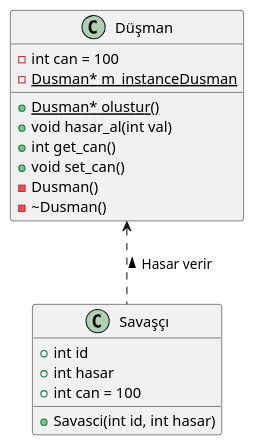
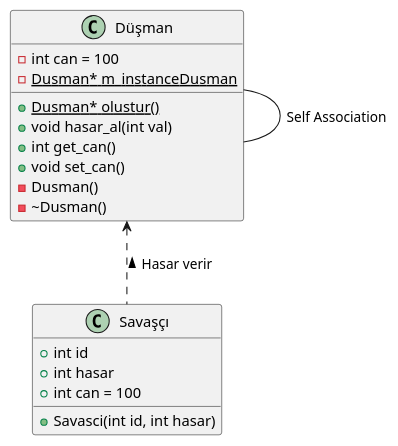
The diagram in Hafta-05/01-Thread_Safe_Singleton/Singleton.adoc (yapbenzet/Modern_Cpp), drawn with PlantUML before and after one commit. The commit also changed 1 other file, not shown here.

Commit message:
Hafta-05 eklendi

```diff
--- a/Hafta-05/01-Thread_Safe_Singleton/Singleton.adoc
+++ b/Hafta-05/01-Thread_Safe_Singleton/Singleton.adoc
@@ -117,22 +117,24 @@
 [plantuml, Singleton, png]
 ----
 Class Düşman{
     - int can = 100
     - {static} Dusman* m_instanceDusman
     + {static} Dusman* olustur()
     + void hasar_al(int val)
     + int get_can()
     + void set_can()
     - Dusman()
     - ~Dusman()
 }
 
 Class Savaşçı{
     + int id
     + int hasar
     + int can = 100
     + Savasci(int id, int hasar)
 }
 
+Düşman --- Düşman : Self Association
+
 Düşman <.. Savaşçı : Hasar verir <
 ----
```
